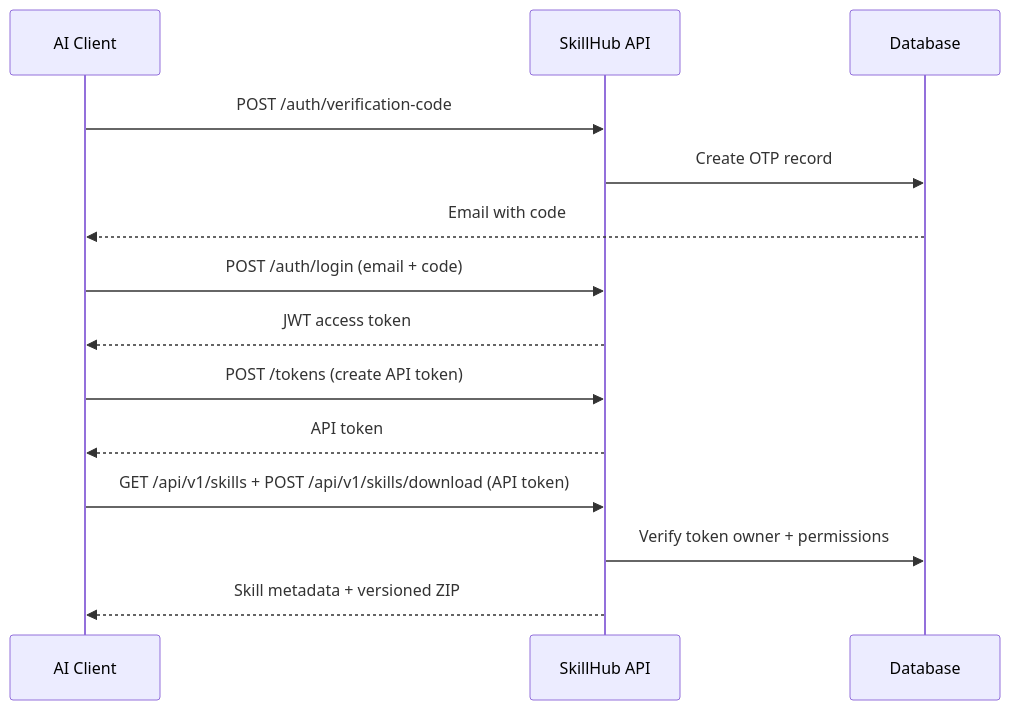
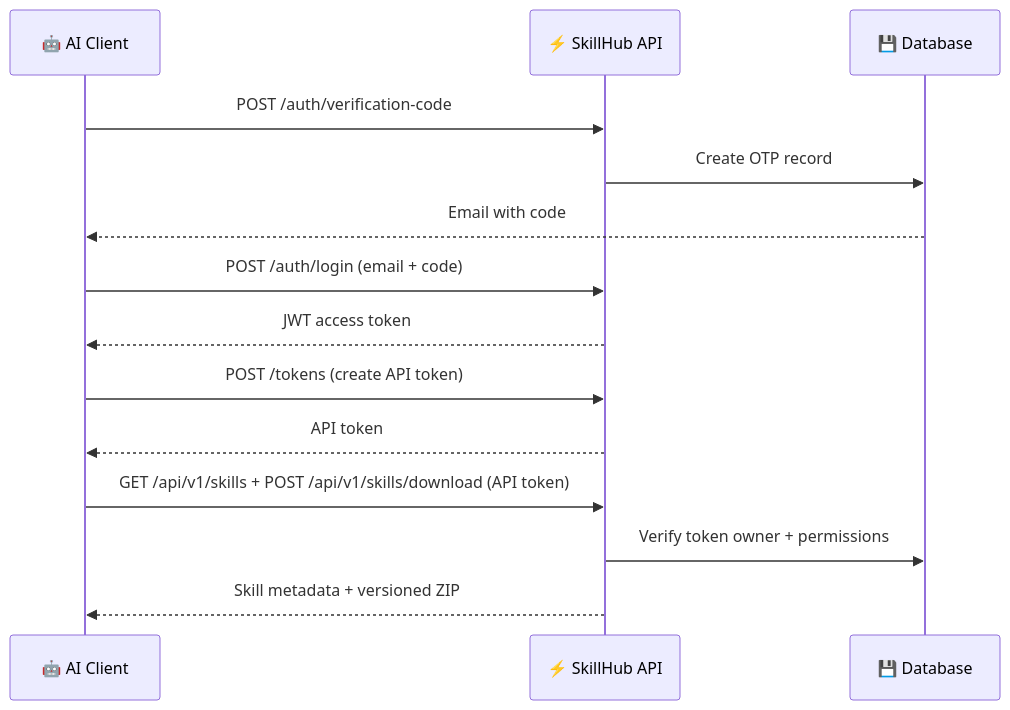
The second of 2 diagrams in README.md (jiabai/open-skillhub), drawn with Mermaid before and after one commit. The commit also changed other lines of this file and 33 other files, not shown here.

First line of the commit message:
refactor: 将项目名称从 Open SkillHub 统一更改为 SkillDrive

````diff
--- a/README.md
+++ b/README.md
@@ -252,20 +342,20 @@
 ```mermaid
 sequenceDiagram
-    participant Client as AI Client
-    participant API as SkillHub API
-    participant DB as Database
+    participant Client as 🤖 AI Client
+    participant API as ⚡ SkillHub API
+    participant DB as 💾 Database
 
     Client->>API: POST /auth/verification-code
     API->>DB: Create OTP record
     DB-->>Client: Email with code
-    
+
     Client->>API: POST /auth/login (email + code)
     API-->>Client: JWT access token
-    
+
     Client->>API: POST /tokens (create API token)
     API-->>Client: API token
-    
+
     Client->>API: GET /api/v1/skills + POST /api/v1/skills/download (API token)
     API->>DB: Verify token owner + permissions
     API-->>Client: Skill metadata + versioned ZIP
 ```
````
